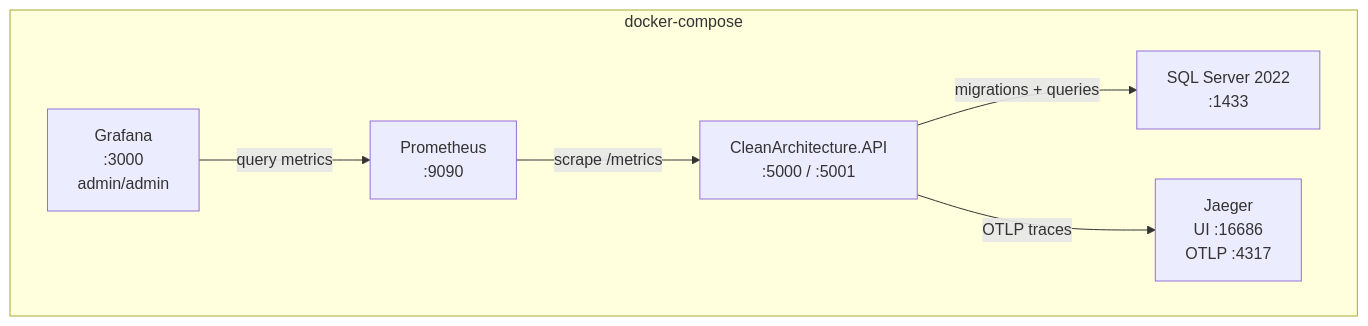
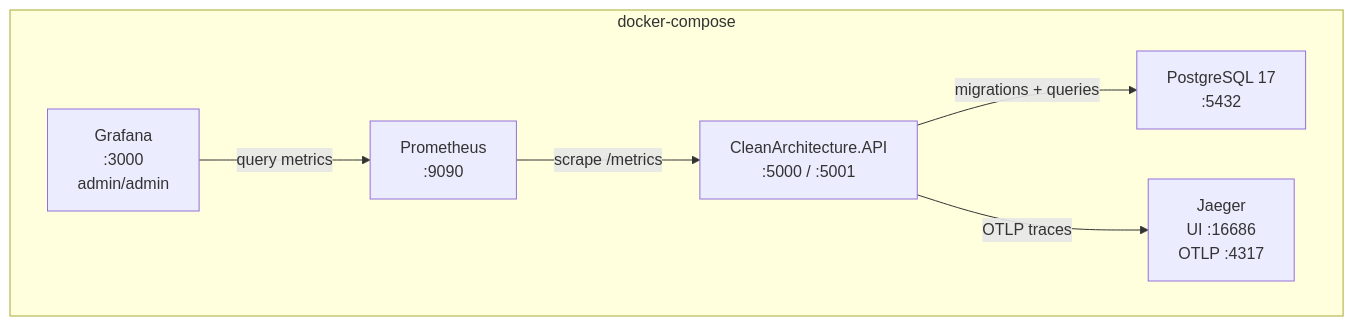
Before and after one commit to MateusjsSilva/DotNet.CleanArchitecture: the ninth of 10 diagrams in README.md, drawn with Mermaid. The commit also changed other lines of this file and 25 other files, not shown here.

First line of the commit message:
feat: Migrate database from SQL Server to PostgreSQL

````diff
--- a/README.md
+++ b/README.md
@@ -401,15 +401,15 @@
 ```mermaid
 graph TB
     subgraph docker-compose
         API["CleanArchitecture.API\n:5000 / :5001"]
-        SQL["SQL Server 2022\n:1433"]
+        SQL["PostgreSQL 17\n:5432"]
         Jaeger["Jaeger\nUI :16686\nOTLP :4317"]
         Prom["Prometheus\n:9090"]
         Grafana["Grafana\n:3000\nadmin/admin"]
     end
 
     API -->|migrations + queries| SQL
     API -->|OTLP traces| Jaeger
     Prom -->|scrape /metrics| API
     Grafana -->|query metrics| Prom
 ```
````
